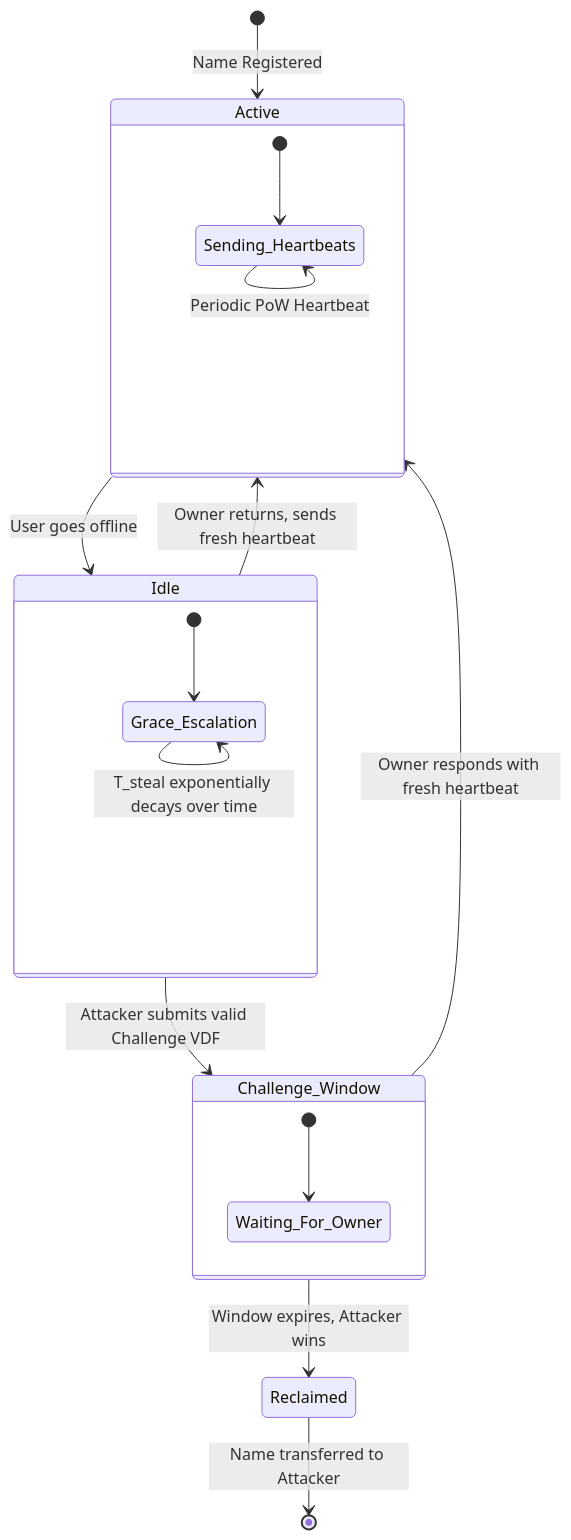
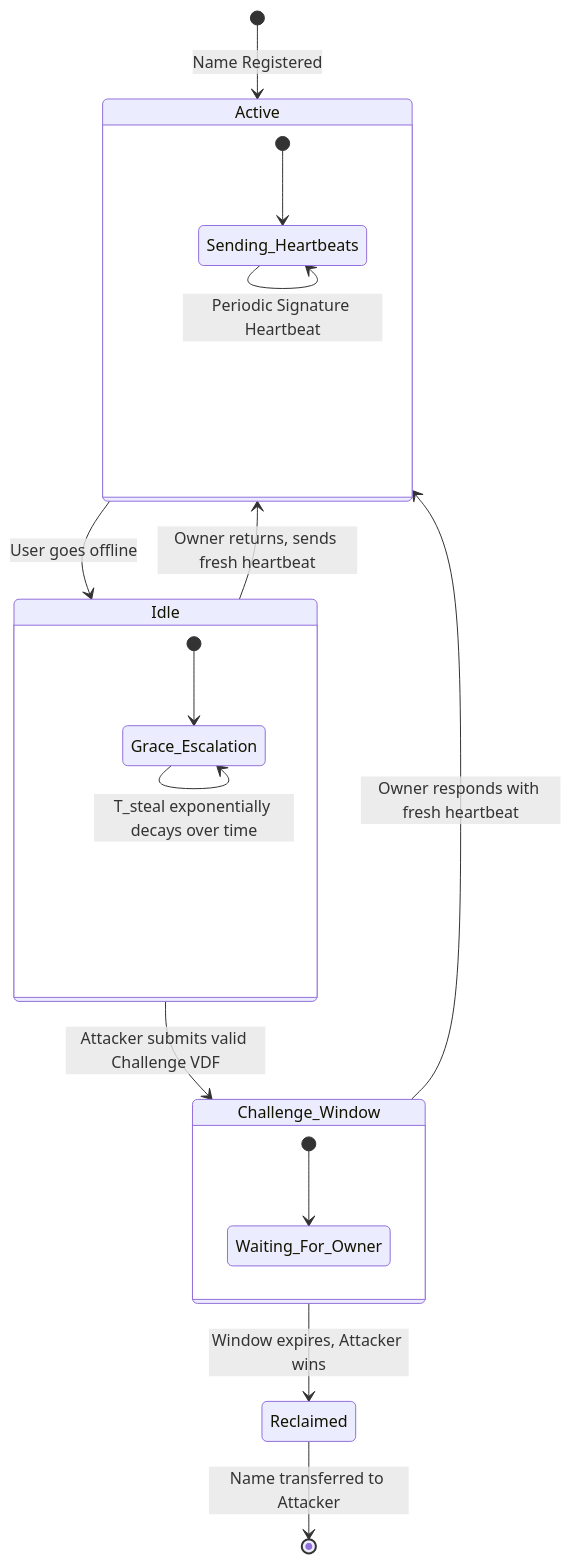
The second of 5 diagrams in docs/src/whitepaper.md (saifmukhtar/kinetic), drawn with Mermaid before and after one commit. The commit also changed other lines of this file and 9 other files, not shown here.

````diff
--- a/docs/src/whitepaper.md
+++ b/docs/src/whitepaper.md
@@ -138,28 +140,28 @@
 ```mermaid
 stateDiagram-v2
     [*] --> Active: Name Registered
     
     state Active {
         [*] --> Sending_Heartbeats
-        Sending_Heartbeats --> Sending_Heartbeats: Periodic PoW Heartbeat
+        Sending_Heartbeats --> Sending_Heartbeats: Periodic Signature Heartbeat
     }
     
     Active --> Idle: User goes offline
     
     state Idle {
         [*] --> Grace_Escalation
         Grace_Escalation --> Grace_Escalation: T_steal exponentially decays over time
     }
     
     Idle --> Challenge_Window: Attacker submits valid Challenge VDF
     
     state Challenge_Window {
         [*] --> Waiting_For_Owner
     }
     
     Challenge_Window --> Active: Owner responds with fresh heartbeat
     Challenge_Window --> Reclaimed: Window expires, Attacker wins
     
     Idle --> Active: Owner returns, sends fresh heartbeat
     Reclaimed --> [*]: Name transferred to Attacker
 ```
````
